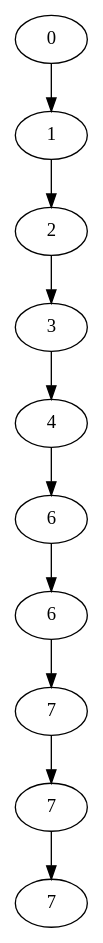
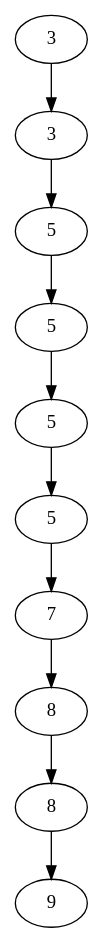
Before and after one commit to JohnMengesCareer/InterviewQuestions: the diagram in ll.gv, drawn with Graphviz. The commit also changed 2 other files, not shown here.

```diff
--- a/ll.gv
+++ b/ll.gv
@@ -1,20 +1,20 @@
-digraph ll {174227757 [label="0"]
-174227757 -> 1225701038
-1225701038 [label="1"]
+digraph ll {1225701038 [label="3"]
 1225701038 -> 1694203642
-1694203642 [label="2"]
+1694203642 [label="3"]
 1694203642 -> 994935521
-994935521 [label="3"]
+994935521 [label="5"]
 994935521 -> 1573625905
-1573625905 [label="4"]
+1573625905 [label="5"]
 1573625905 -> 1669472530
-1669472530 [label="6"]
+1669472530 [label="5"]
 1669472530 -> 1950963655
-1950963655 [label="6"]
+1950963655 [label="5"]
 1950963655 -> 2065827189
 2065827189 [label="7"]
 2065827189 -> 1989444474
-1989444474 [label="7"]
+1989444474 [label="8"]
 1989444474 -> 272890728
-272890728 [label="7"]
+272890728 [label="8"]
+272890728 -> 1596879151
+1596879151 [label="9"]
 }
```
